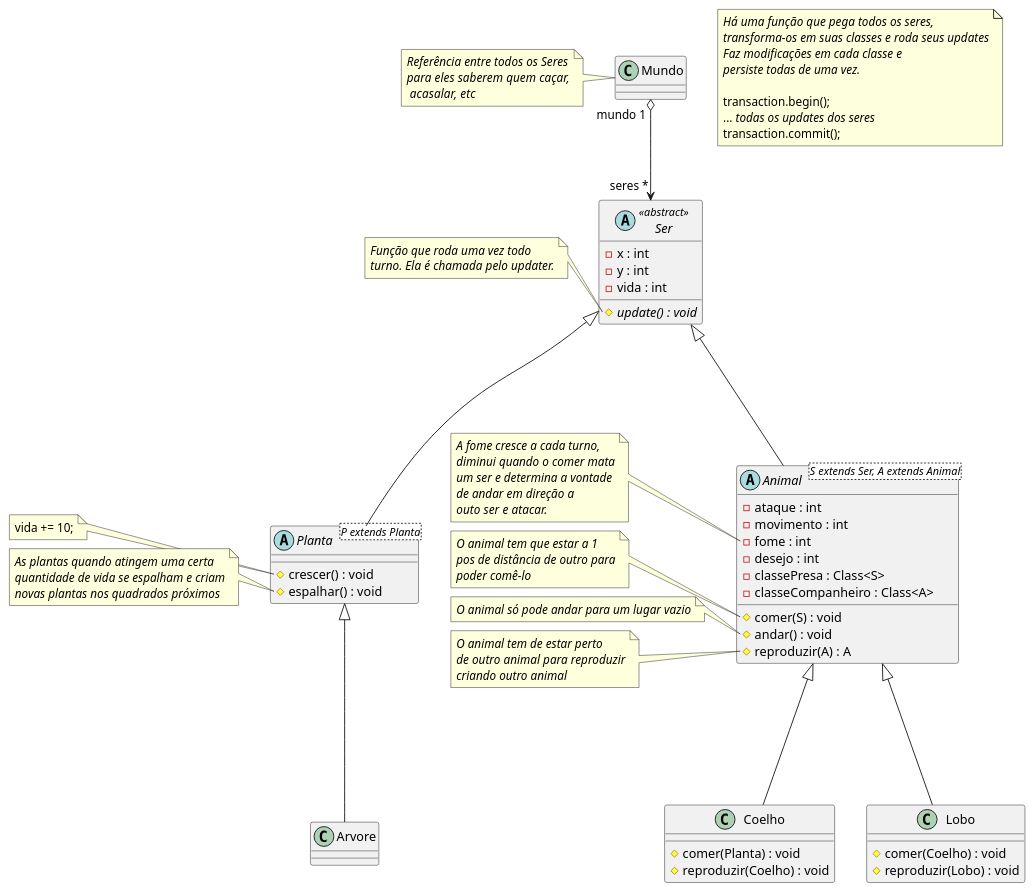
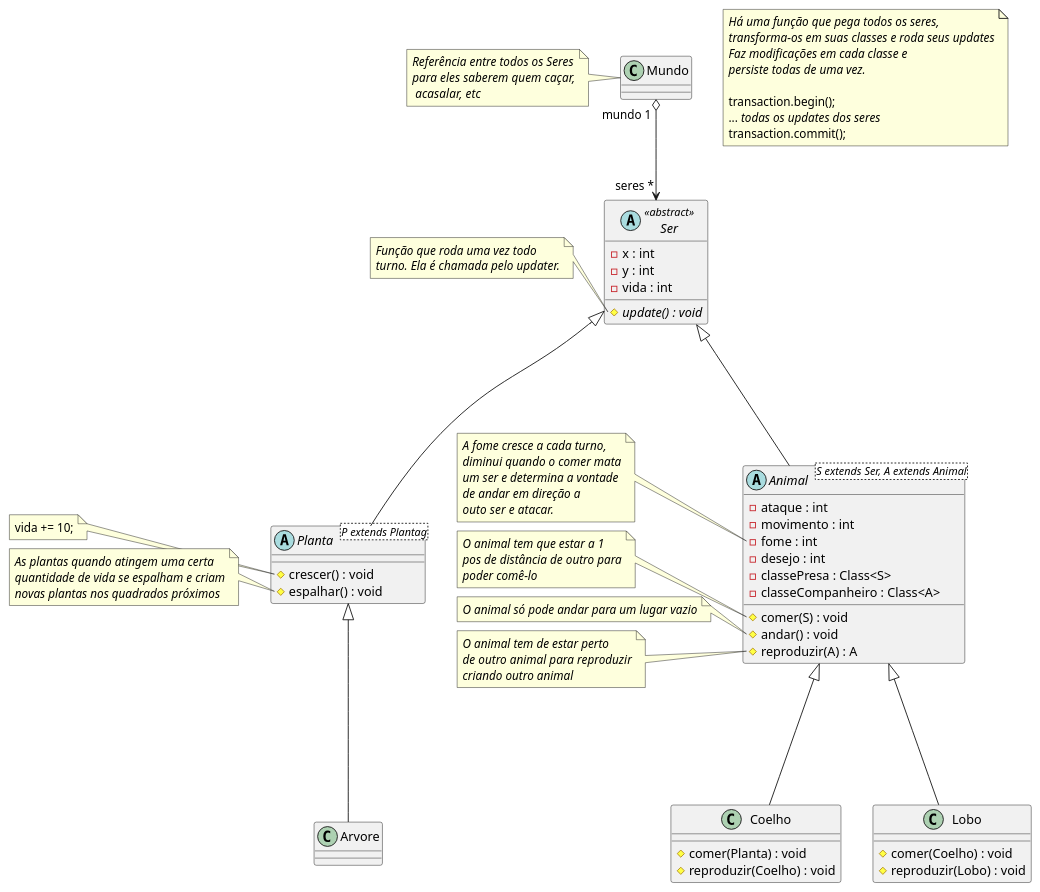
Before and after one commit to pedropalhari/trabalhoBancoDados: the diagram in UML/main.pu, drawn with PlantUML.

Commit message:
Finalizando uml

```diff
--- a/UML/main.pu
+++ b/UML/main.pu
@@ -1,113 +1,113 @@
 @startuml
 
 note as Note
 <i>Há uma função que pega todos os seres,
 <i>transforma-os em suas classes e roda seus updates
 <i>Faz modificações em cada classe e
 <i>persiste todas de uma vez.
 
 transaction.begin();
 ... <i>todas os updates dos seres</i>
 transaction.commit();
 end note
 
 Mundo "mundo 1" o--> "seres *" Ser
 class Mundo {
 
 }
 note left of Mundo
 <i>Referência entre todos os Seres
 <i>para eles saberem quem caçar,
 <i> acasalar, etc
 end note
 
 ' ---------- ABSTRATAS ----------
 
 abstract class Ser <<abstract>>{
   - x : int
   - y : int
   - vida : int
 
   # {abstract} update() : void
 }
 note left of Ser::update
 <i>Função que roda uma vez todo
 <i>turno. Ela é chamada pelo updater.
 end note
 
 
 ' Plantas crescem baseado em sua vida, quanto mais turnos
 ' mais vida obtêm. Toda planta cresce todo turno
 Ser <|--- Planta
-abstract class Planta <P extends Planta> {
+abstract class Planta <P extends Plantag> {
   # crescer() : void
   # espalhar() : void
 }
 note left of Planta::crescer
 vida += 10;
 end note
 note left of Planta::espalhar
 <i>As plantas quando atingem uma certa
 <i>quantidade de vida se espalham e criam
 <i>novas plantas nos quadrados próximos
 end note
 
 Ser <|--- Animal
 abstract class Animal <S extends Ser, A extends Animal>{
   - ataque : int
   - movimento : int
   - fome : int
   - desejo : int
 	- classePresa : Class<S>
 	- classeCompanheiro : Class<A>
 
   # comer(S) : void
   # andar() : void
   # reproduzir(A) : A
 }
 note left of Animal::fome
 <i>A fome cresce a cada turno,
 <i>diminui quando o comer mata
 <i>um ser e determina a vontade
 <i>de andar em direção a
 <i>outo ser e atacar.
 end note
 note left of Animal::comer
 <i>O animal tem que estar a 1
 <i>pos de distância de outro para
 <i>poder comê-lo
 end note
 note left of Animal::andar
 <i>O animal só pode andar para um lugar vazio
 end note
 note left of Animal::reproduzir
 <i>O animal tem de estar perto
 <i>de outro animal para reproduzir
 <i>criando outro animal
 end note
 
 
 ' ---------- CONCRETAS ----------
 
 ' ---------- ANIMAIS ----------
 
 Animal <|--- Coelho
 class Coelho {
   # comer(Planta) : void
   # reproduzir(Coelho) : void
 }
 
 Animal <|--- Lobo
 class Lobo {
   # comer(Coelho) : void
   # reproduzir(Lobo) : void
 }
 
 ' ---------- PLANTAS ----------
 
 Planta <|--- Arvore
 class Arvore {
 
 }
 
 @enduml
```
